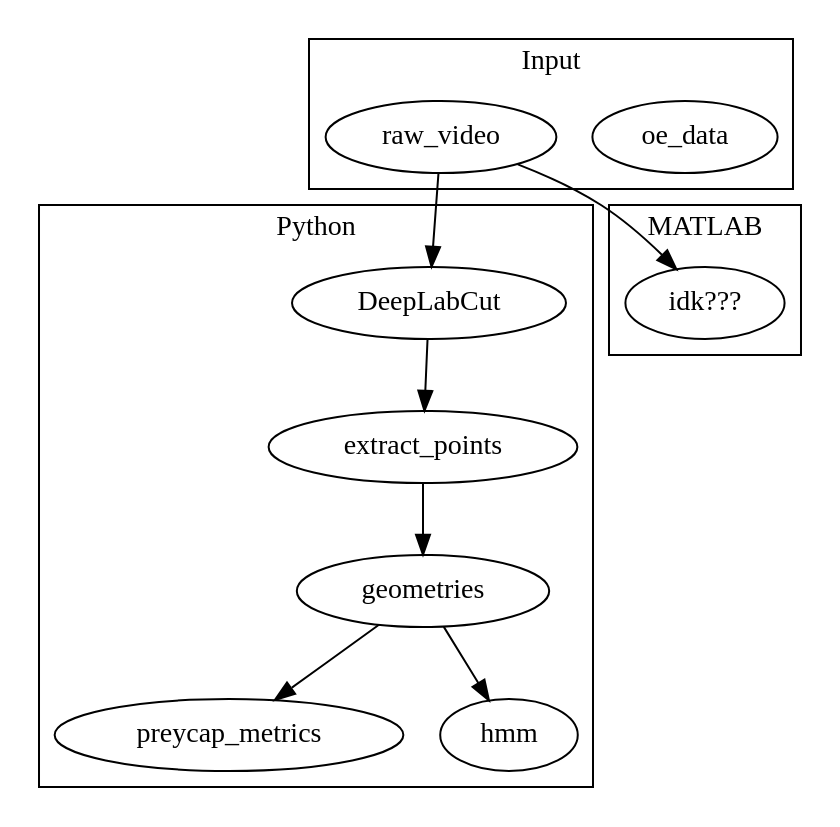
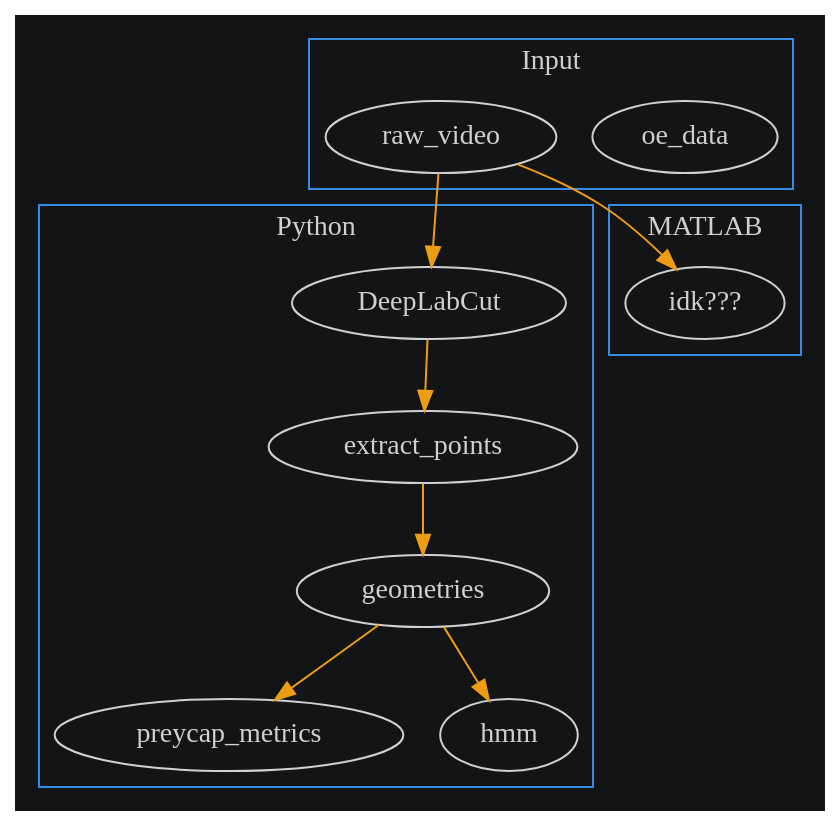
The diagram in docs/projects/preycapture/analysis/index.md (wehr-lab/labtools), drawn with Graphviz before and after one commit. The commit also changed 1 other file, not shown here.

Commit message:
colors in graph

````diff
--- a/docs/projects/preycapture/analysis/index.md
+++ b/docs/projects/preycapture/analysis/index.md
@@ -3,34 +3,39 @@
 ```{graphviz}
 digraph {
+  bgcolor="#131416"
+  fontcolor="#ffffffcc"
+  color="#368ce2"
+  node [color="#d0d0d0", fontcolor="#d0d0d0"]
+  edge [color="#ed9d13"]
   
   subgraph cluster_input {
       label = "Input"
       oe_data
       raw_video
   }
   
   subgraph cluster_python {
       label="Python"
       dlc_python[label="DeepLabCut"]
       extract_points
       geometries
       preycap_metrics
       hmm
   }
   
   subgraph cluster_matlab {
       label="MATLAB"
       idk[label="idk???"]
       
   }
 
   raw_video -> dlc_python
   dlc_python -> extract_points
   extract_points -> geometries
   geometries -> preycap_metrics
   geometries -> hmm
   
   raw_video -> idk
   
 }
 ```
````
